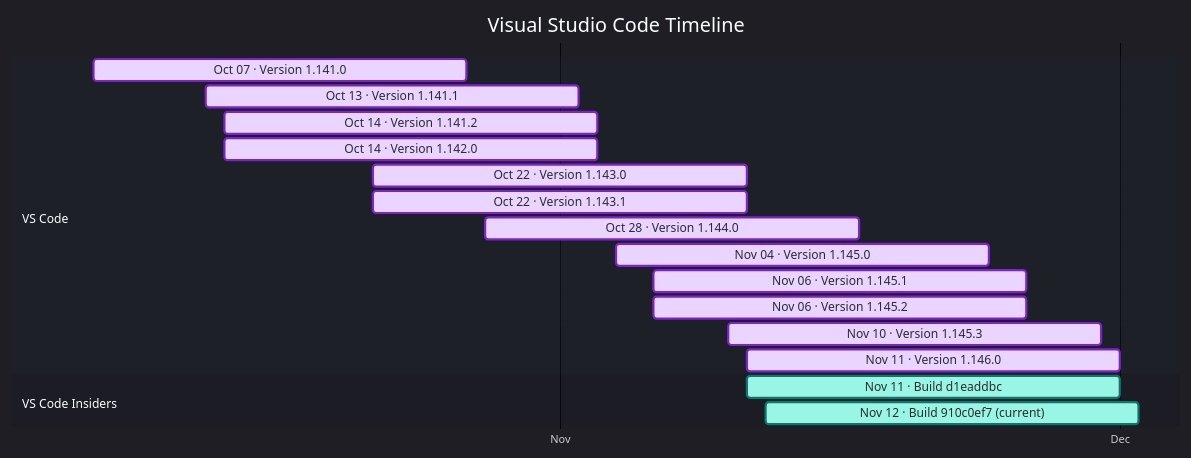
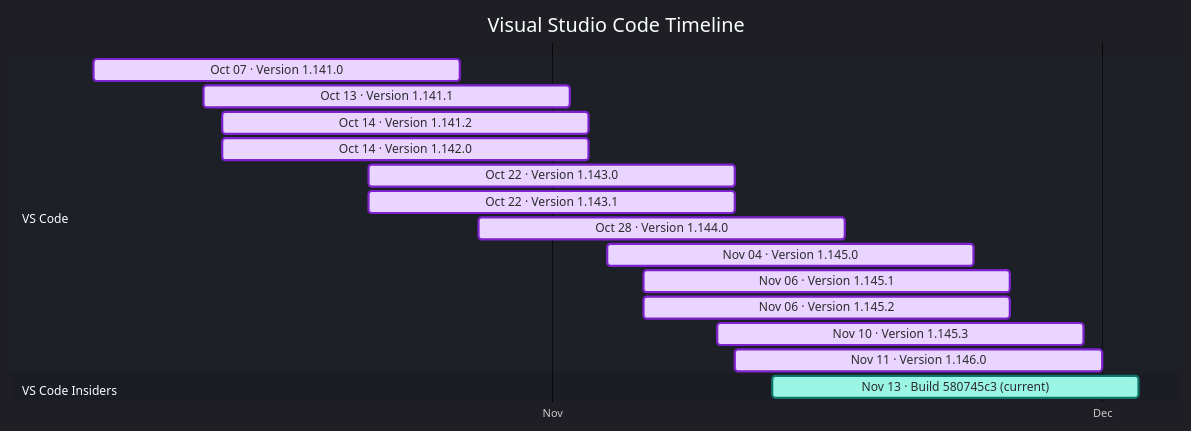
Before and after one commit to Oxelya-DevTools/VisualStudioUpdate: the diagram in docs/vscode.md, drawn with Mermaid. The commit also changed other lines of this file and 1 other file, not shown here.

````diff
--- a/docs/vscode.md
+++ b/docs/vscode.md
@@ -9,24 +9,23 @@
 ```mermaid
 %%{init: {'theme':'dark','themeVariables': { 'fontFamily': 'Segoe UI', 'fontSize': '24px', 'textColor': '#F3F4F6', 'titleTextColor': '#FFFFFF', 'taskTextColor': '#111827', 'taskTextLightColor': '#111827', 'taskTextOutsideColor': '#F3F4F6', 'taskBkgColor': '#BAE6FD', 'taskBorderColor': '#0369A1', 'doneTaskBkgColor': '#E9D5FF', 'doneTaskBorderColor': '#7E22CE', 'activeTaskBkgColor': '#99F6E4', 'activeTaskBorderColor': '#0F766E', 'critTaskBkgColor': '#FED7AA', 'critTaskBorderColor': '#C2410C', 'sectionBkgColor': '#1F2937', 'altSectionBkgColor': '#111827', 'gridColor': '#4B5563', 'todayLineColor': '#F87171' }}}%%
 gantt
     title Visual Studio Code Timeline
     dateFormat  YYYY-MM-DD
     axisFormat  %b
     tickInterval 1month
     section VS Code
     Oct 07 · Version 1.141.0 : done, vscode202610070, 2026-10-07, 20d
     Oct 13 · Version 1.141.1 : done, vscode202610131, 2026-10-13, 20d
     Oct 14 · Version 1.141.2 : done, vscode202610142, 2026-10-14, 20d
     Oct 14 · Version 1.142.0 : done, vscode202610143, 2026-10-14, 20d
     Oct 22 · Version 1.143.0 : done, vscode202610224, 2026-10-22, 20d
     Oct 22 · Version 1.143.1 : done, vscode202610225, 2026-10-22, 20d
     Oct 28 · Version 1.144.0 : done, vscode202610286, 2026-10-28, 20d
     Nov 04 · Version 1.145.0 : done, vscode202611047, 2026-11-04, 20d
     Nov 06 · Version 1.145.1 : done, vscode202611068, 2026-11-06, 20d
     Nov 06 · Version 1.145.2 : done, vscode202611069, 2026-11-06, 20d
     Nov 10 · Version 1.145.3 : done, vscode2026111010, 2026-11-10, 20d
     Nov 11 · Version 1.146.0 : done, vscode2026111111, 2026-11-11, 20d
     section VS Code Insiders
-    Nov 11 · Build d1eaddbc : active, vscodeinsiders202611110, 2026-11-11, 20d
-    Nov 12 · Build 910c0ef7 (current) : active, vscodeinsiders202611121, 2026-11-12, 20d
+    Nov 13 · Build 580745c3 (current) : active, vscodeinsiders202611130, 2026-11-13, 20d
 ```
````
